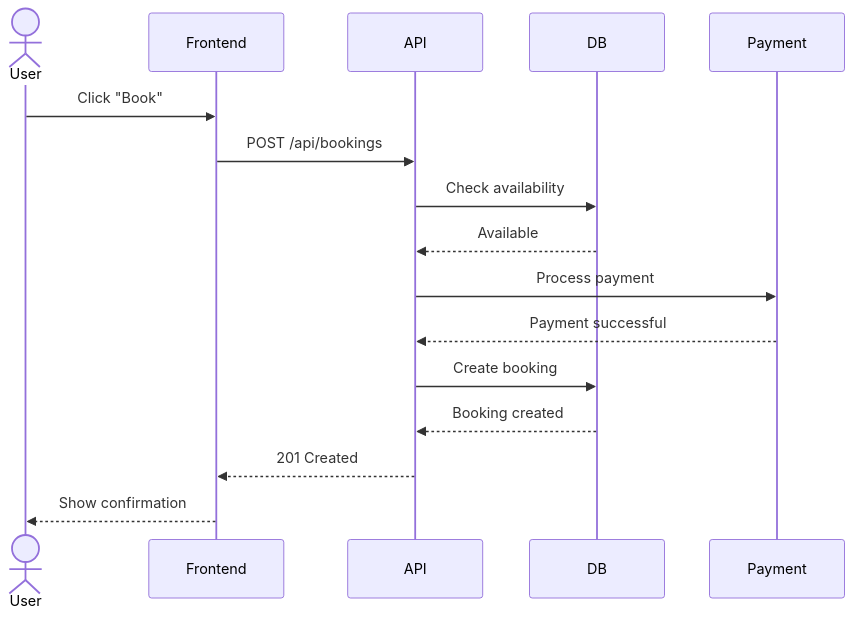
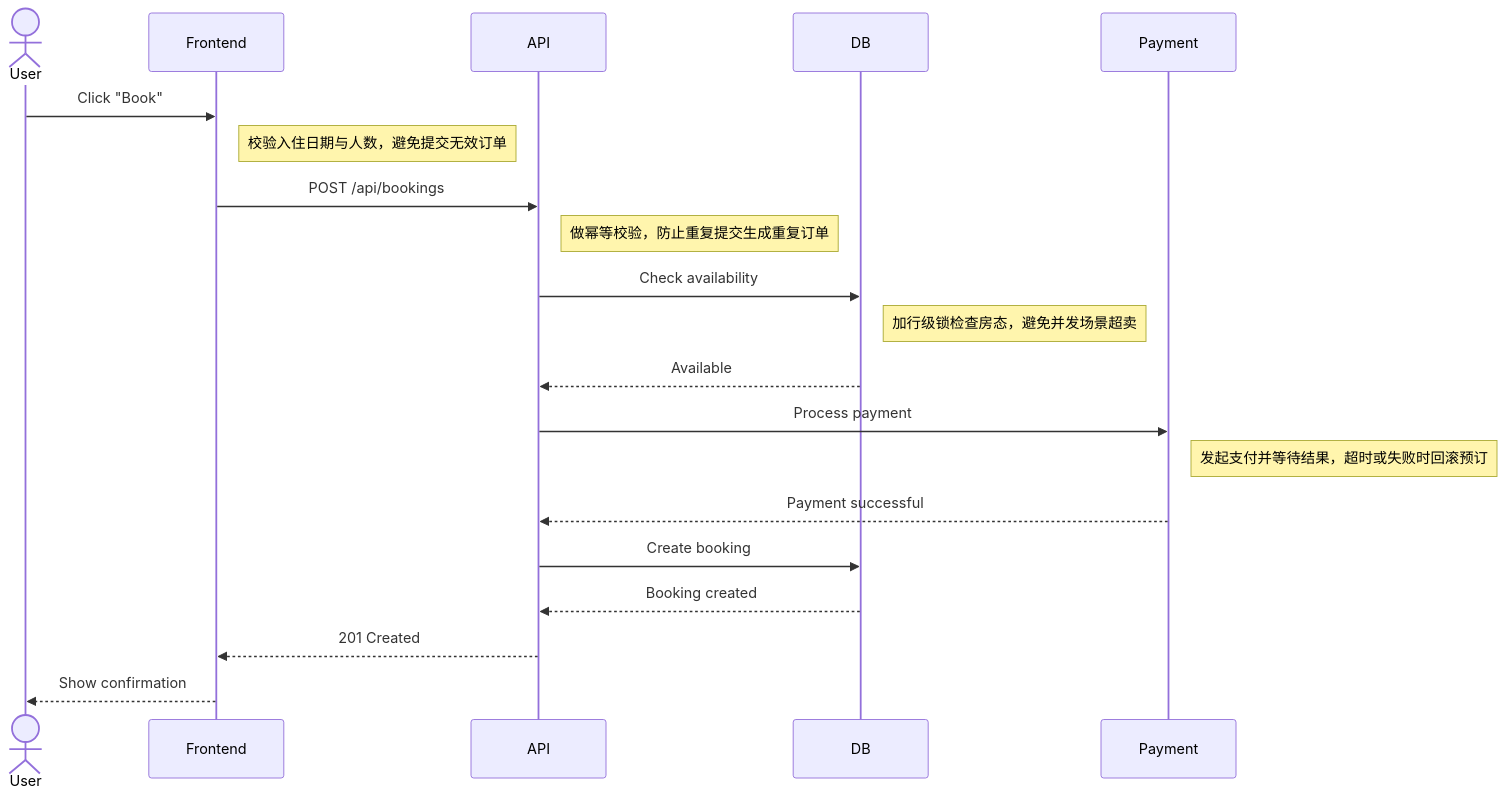
Before and after one commit to musegate/Forgevia: the third of 15 diagrams in .claude/skills/mermaid-diagram-specialist/SKILL.md, drawn with Mermaid. The commit also changed other lines of this file and 4 other files, not shown here.

````diff
--- a/.claude/skills/mermaid-diagram-specialist/SKILL.md
+++ b/.claude/skills/mermaid-diagram-specialist/SKILL.md
@@ -166,19 +166,23 @@
 ```mermaid
 sequenceDiagram
     actor User
     participant Frontend
     participant API
     participant DB
     participant Payment
 
     User->>Frontend: Click "Book"
+    Note right of Frontend: 校验入住日期与人数，避免提交无效订单
     Frontend->>API: POST /api/bookings
+    Note right of API: 做幂等校验，防止重复提交生成重复订单
     API->>DB: Check availability
+    Note right of DB: 加行级锁检查房态，避免并发场景超卖
     DB-->>API: Available
     API->>Payment: Process payment
+    Note right of Payment: 发起支付并等待结果，超时或失败时回滚预订
     Payment-->>API: Payment successful
     API->>DB: Create booking
     DB-->>API: Booking created
     API-->>Frontend: 201 Created
     Frontend-->>User: Show confirmation
 ```
````
